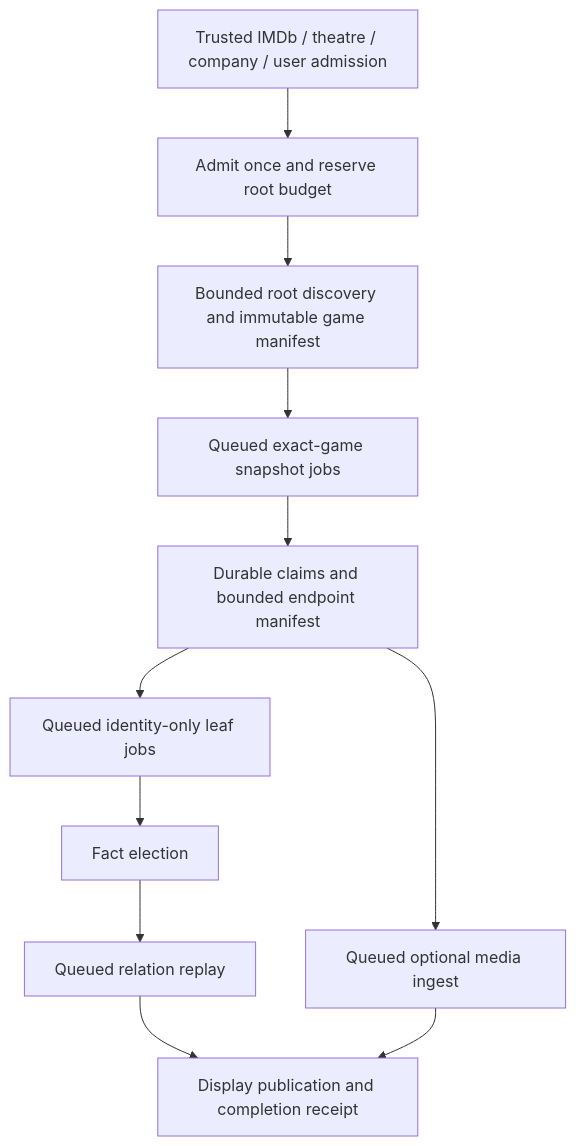
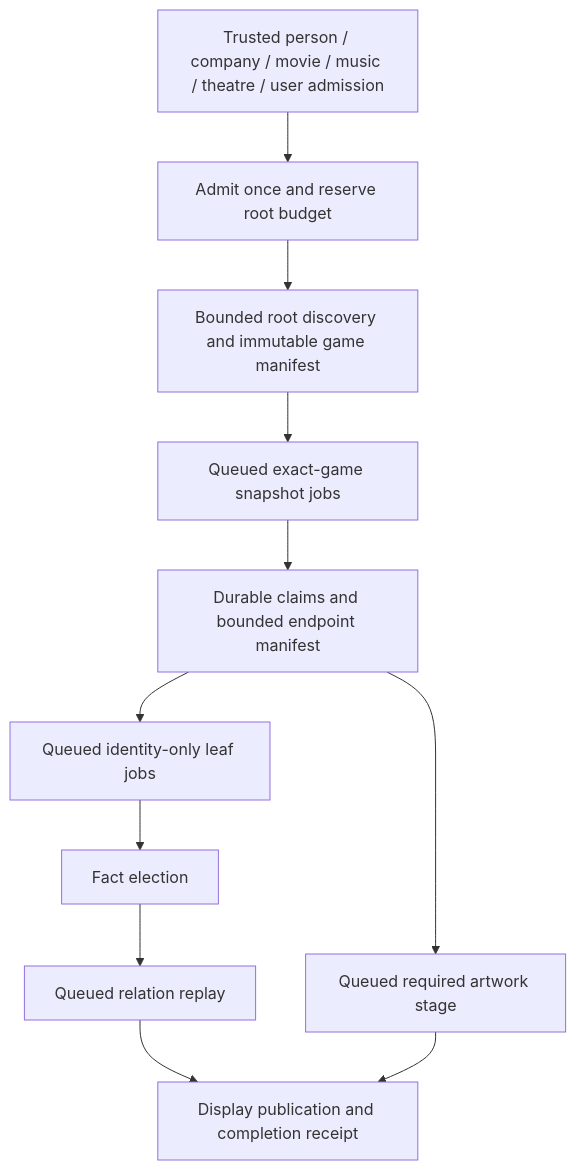
The sixth of 6 diagrams in guides/open-work/video-game-waterfall.mdx (Orbiterio/docs), drawn with Mermaid before and after one commit. The commit also changed other lines of this file and 12 other files, not shown here.

Commit message:
docs: lock game waterfall intake, source and graph contracts

````diff
--- a/guides/open-work/video-game-waterfall.mdx
+++ b/guides/open-work/video-game-waterfall.mdx
@@ -124,13 +539,13 @@
 ```mermaid
 flowchart TD
-  E[Trusted IMDb / theatre / company / user admission] --> A[Admit once and reserve root budget]
+  E[Trusted person / company / movie / music / theatre / user admission] --> A[Admit once and reserve root budget]
   A --> D[Bounded root discovery and immutable game manifest]
   D --> Q[Queued exact-game snapshot jobs]
   Q --> M[Durable claims and bounded endpoint manifest]
   M --> L[Queued identity-only leaf jobs]
   L --> F[Fact election]
   F --> R[Queued relation replay]
   R --> P[Display publication and completion receipt]
-  M --> I[Queued optional media ingest]
+  M --> I[Queued required artwork stage]
   I --> P
 ```
````
